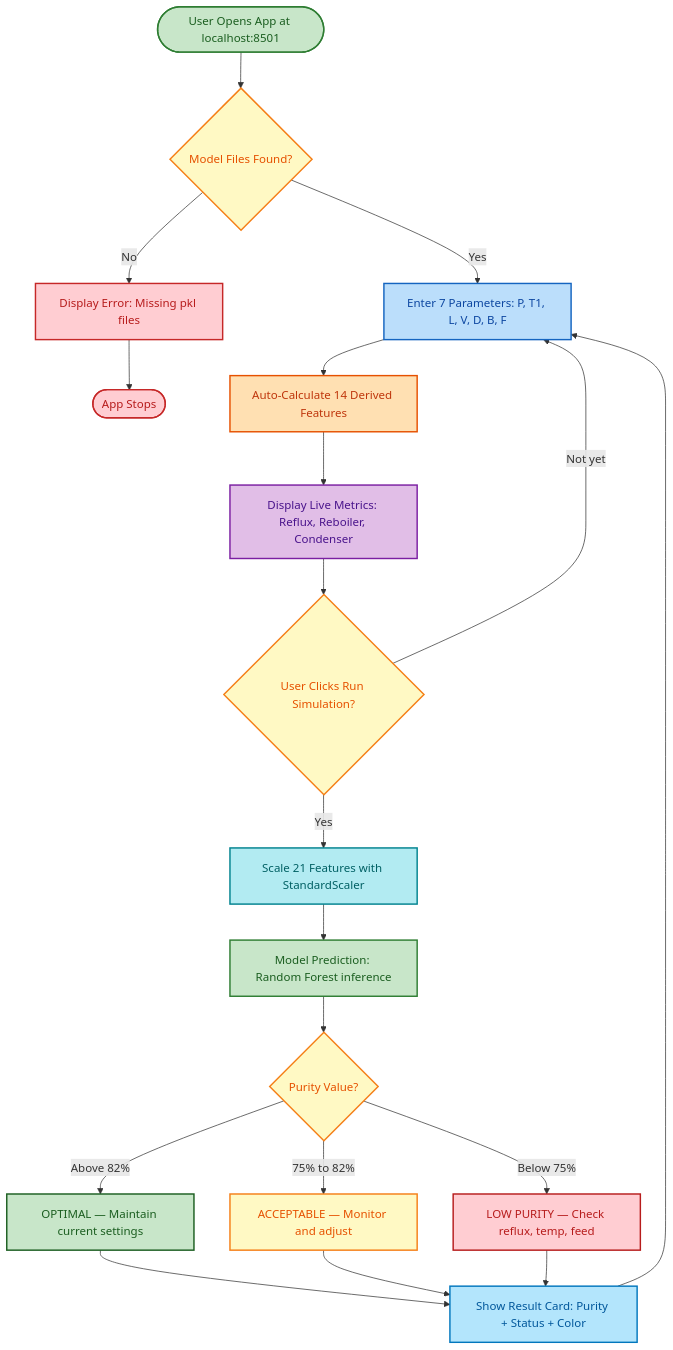
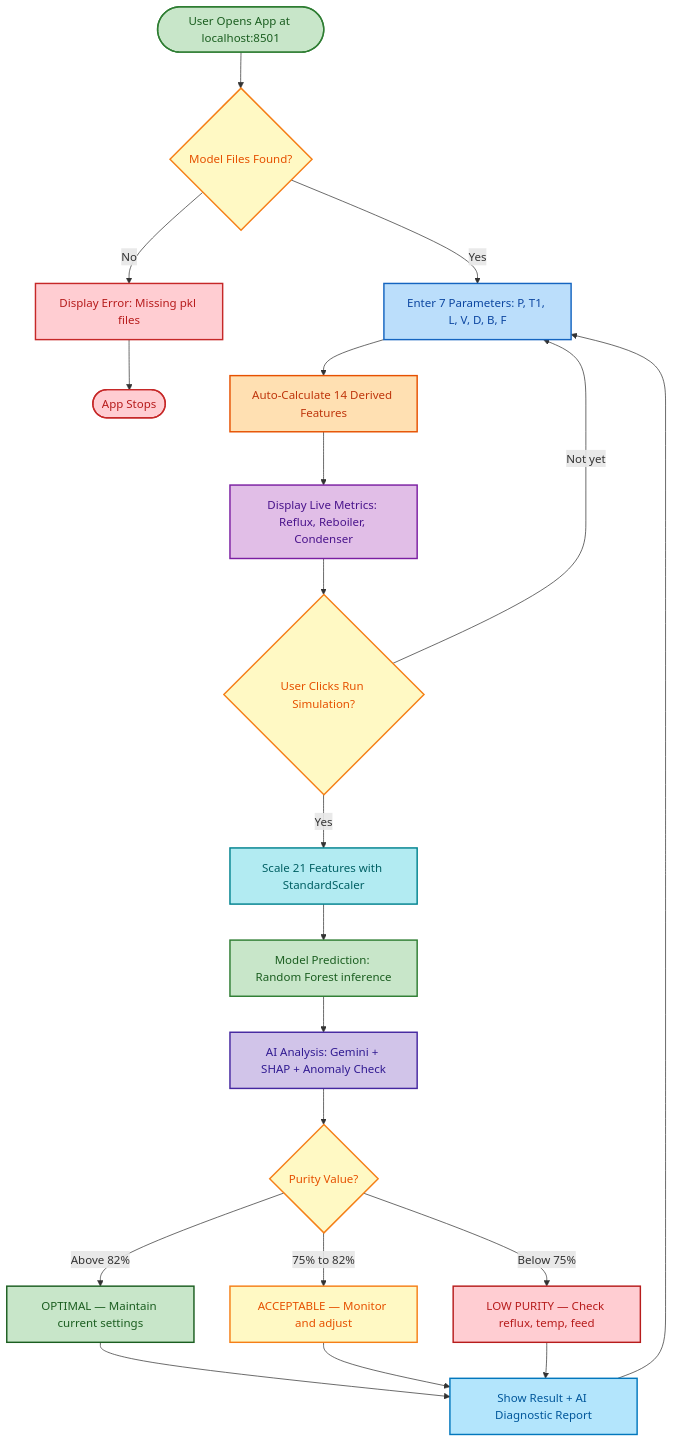
The third of 3 diagrams in README.md (KrishnaNsingh/Distillation-Column-Prediction), drawn with Mermaid before and after one commit. The commit also changed other lines of this file, not shown here.

Commit message:
feat: integrate AI intelligence layer with Google Gemini and SHAP for advanced diagnostics and optimization

````diff
--- a/README.md
+++ b/README.md
@@ -192,43 +216,45 @@
 ```mermaid
 flowchart TD
     START(["User Opens App at localhost:8501"]) --> LOAD{"Model Files Found?"}
 
     LOAD -- "No" --> ERR["Display Error: Missing pkl files"]
     ERR --> STOP(["App Stops"])
 
     LOAD -- "Yes" --> INPUT["Enter 7 Parameters: P, T1, L, V, D, B, F"]
     INPUT --> CALC["Auto-Calculate 14 Derived Features"]
     CALC --> METRICS["Display Live Metrics: Reflux, Reboiler, Condenser"]
     METRICS --> BTN{"User Clicks Run Simulation?"}
 
     BTN -- "Not yet" --> INPUT
 
     BTN -- "Yes" --> SCALE["Scale 21 Features with StandardScaler"]
     SCALE --> PREDICT["Model Prediction: Random Forest inference"]
-    PREDICT --> CHECK{"Purity Value?"}
+    PREDICT --> AIANALYSIS["AI Analysis: Gemini + SHAP + Anomaly Check"]
+    AIANALYSIS --> CHECK{"Purity Value?"}
 
     CHECK -- "Above 82%" --> GREEN["OPTIMAL — Maintain current settings"]
     CHECK -- "75% to 82%" --> YELLOW["ACCEPTABLE — Monitor and adjust"]
     CHECK -- "Below 75%" --> RED["LOW PURITY — Check reflux, temp, feed"]
 
-    GREEN --> DISPLAY["Show Result Card: Purity + Status + Color"]
+    GREEN --> DISPLAY["Show Result + AI Diagnostic Report"]
     YELLOW --> DISPLAY
     RED --> DISPLAY
     DISPLAY --> INPUT
 
     style START fill:#C8E6C9,stroke:#2E7D32,stroke-width:2px,color:#1B5E20
     style STOP fill:#FFCDD2,stroke:#C62828,stroke-width:2px,color:#B71C1C
     style ERR fill:#FFCDD2,stroke:#C62828,stroke-width:2px,color:#B71C1C
     style LOAD fill:#FFF9C4,stroke:#F57F17,stroke-width:2px,color:#E65100
     style INPUT fill:#BBDEFB,stroke:#1565C0,stroke-width:2px,color:#0D47A1
     style CALC fill:#FFE0B2,stroke:#E65100,stroke-width:2px,color:#BF360C
     style METRICS fill:#E1BEE7,stroke:#7B1FA2,stroke-width:2px,color:#4A148C
     style BTN fill:#FFF9C4,stroke:#F57F17,stroke-width:2px,color:#E65100
     style SCALE fill:#B2EBF2,stroke:#00838F,stroke-width:2px,color:#006064
     style PREDICT fill:#C8E6C9,stroke:#2E7D32,stroke-width:2px,color:#1B5E20
     style CHECK fill:#FFF9C4,stroke:#F57F17,stroke-width:2px,color:#E65100
     style GREEN fill:#C8E6C9,stroke:#1B5E20,stroke-width:2px,color:#1B5E20
     style YELLOW fill:#FFF9C4,stroke:#F57F17,stroke-width:2px,color:#E65100
     style RED fill:#FFCDD2,stroke:#B71C1C,stroke-width:2px,color:#B71C1C
+    style AIANALYSIS fill:#D1C4E9,stroke:#4527A0,stroke-width:2px,color:#311B92
     style DISPLAY fill:#B3E5FC,stroke:#0277BD,stroke-width:2px,color:#01579B
 ```
````
